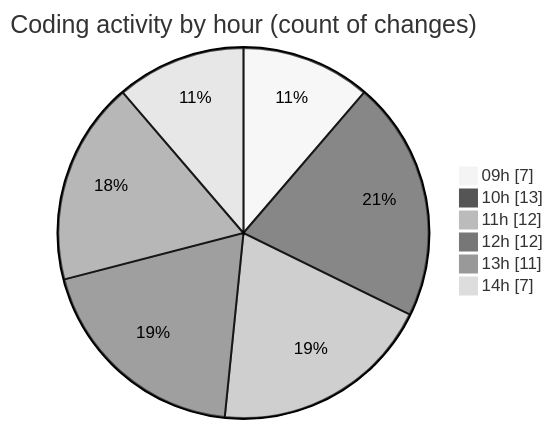
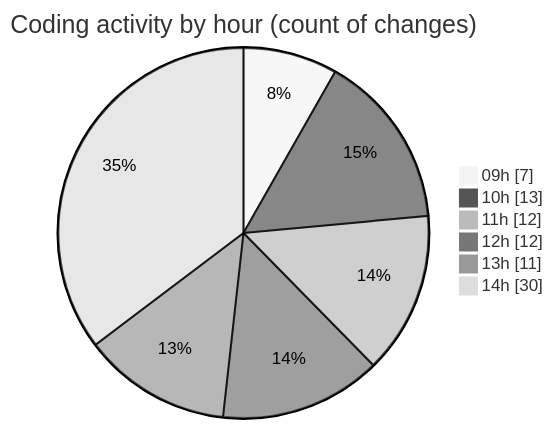
One commit to momahboobian/code-tracking changed the second of 2 diagrams in 2025-08-18/cda/README.md. Above: the diagram before and after it, drawn with Mermaid (neutral theme). The commit also changed other lines of this file and 1 other file, not shown here.

````diff
--- a/2025-08-18/cda/README.md
+++ b/2025-08-18/cda/README.md
@@ -33,10 +44,10 @@
 ```mermaid
 pie showData
 title Coding activity by hour (count of changes)
 "09h" : 7
 "10h" : 13
 "11h" : 12
 "12h" : 12
 "13h" : 11
-"14h" : 7
+"14h" : 30
 ```
````
